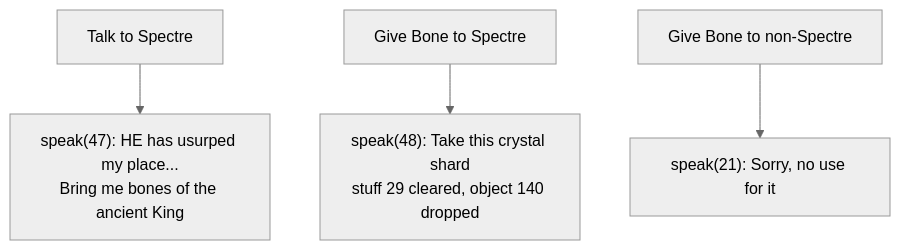
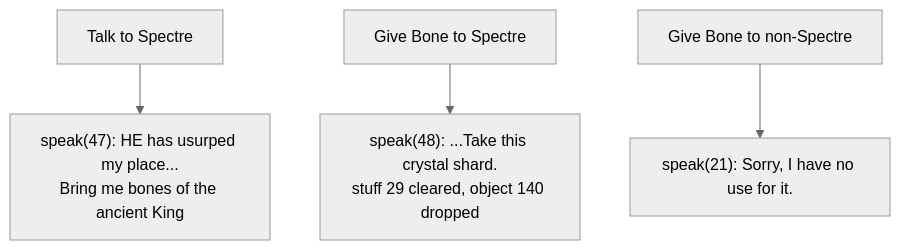
One commit to bacomatic/faery-tale-rs changed the seventh of 18 diagrams in reference/STORYLINE-npcs.md. Above: the diagram before and after it, drawn with Mermaid (neutral theme). The commit also changed other lines of this file and 20 other files, not shown here.

````diff
--- a/reference/STORYLINE-npcs.md
+++ b/reference/STORYLINE-npcs.md
@@ -106,6 +106,6 @@
 ```mermaid
 flowchart TD
     TALK_SPECTRE[Talk to Spectre] --> S47["speak(47): HE has usurped my place...<br>Bring me bones of the ancient King"]
-    GIVE_BONE[Give Bone to Spectre] --> S48["speak(48): Take this crystal shard<br>stuff 29 cleared, object 140 dropped"]
-    GIVE_OTHER[Give Bone to non-Spectre] --> S21["speak(21): Sorry, no use for it"]
+    GIVE_BONE[Give Bone to Spectre] --> S48["speak(48): ...Take this crystal shard.<br>stuff 29 cleared, object 140 dropped"]
+    GIVE_OTHER[Give Bone to non-Spectre] --> S21["speak(21): Sorry, I have no use for it."]
 ```
````
